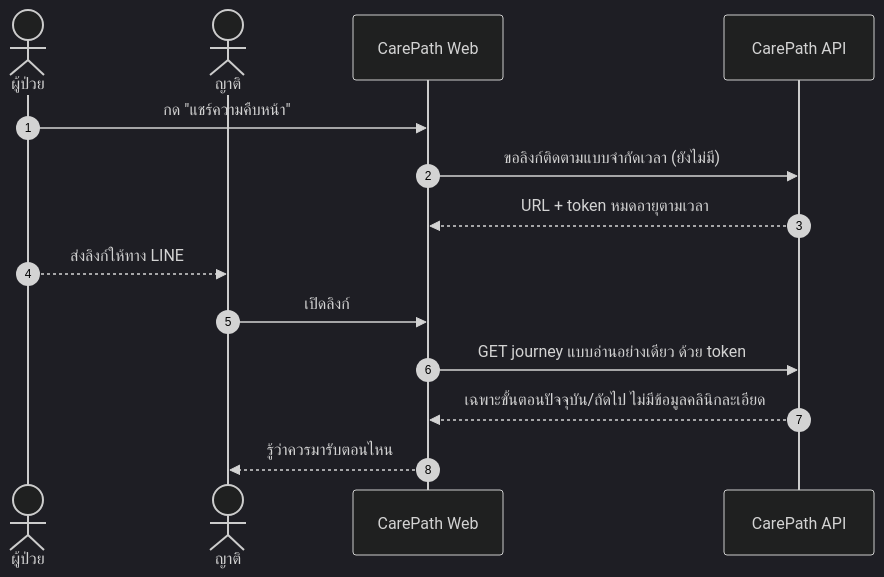
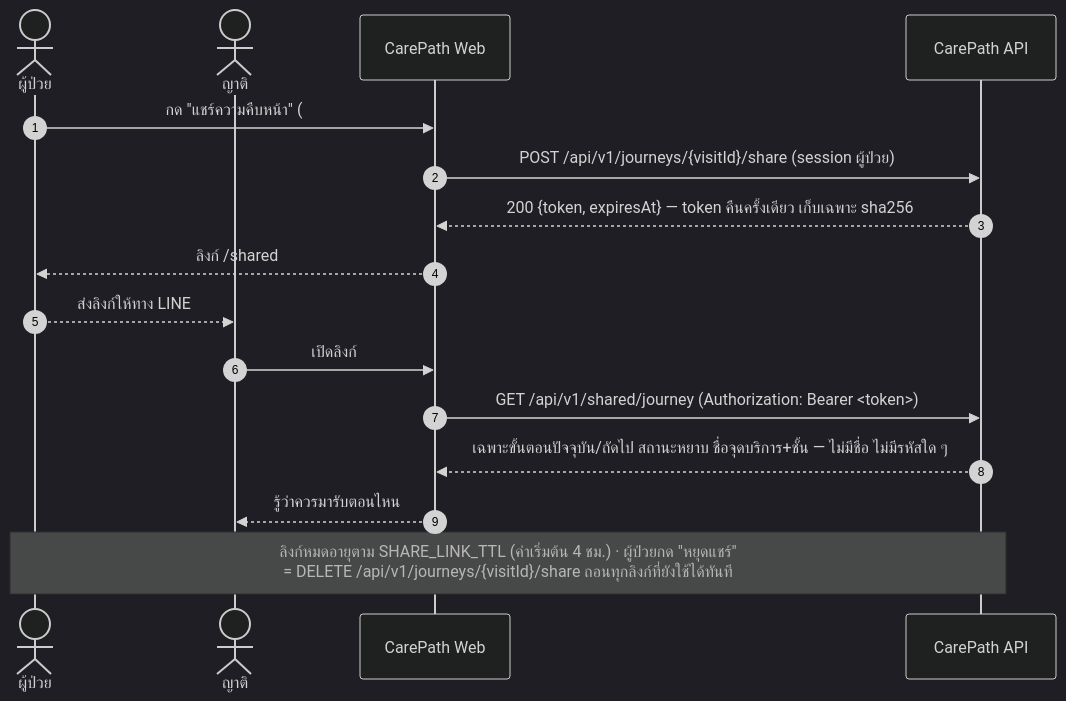
One commit to somprasongd/carepath changed the eighth of 9 diagrams in README.md. Above: the diagram before and after it, drawn with Mermaid (dark theme). The commit also changed other lines of this file and 22 other files, not shown here.

First line of the commit message:
Visit share link: scoped, read-only, time-limited relative tracking (#89) (#114)

````diff
--- a/README.md
+++ b/README.md
@@ -373,17 +373,19 @@
 ```mermaid
 sequenceDiagram
     autonumber
     actor P as ผู้ป่วย
     actor R as ญาติ
     participant W as CarePath Web
     participant A as CarePath API
 
-    P->>W: กด "แชร์ความคืบหน้า"
-    W->>A: ขอลิงก์ติดตามแบบจำกัดเวลา (ยังไม่มี)
-    A-->>W: URL + token หมดอายุตามเวลา
+    P->>W: กด "แชร์ความคืบหน้า" (#90)
+    W->>A: POST /api/v1/journeys/{visitId}/share (session ผู้ป่วย)
+    A-->>W: 200 {token, expiresAt} — token คืนครั้งเดียว เก็บเฉพาะ sha256
+    W-->>P: ลิงก์ /shared#<token> (token อยู่ใน fragment ไม่ส่งถึง server)
     P-->>R: ส่งลิงก์ให้ทาง LINE
     R->>W: เปิดลิงก์
-    W->>A: GET journey แบบอ่านอย่างเดียว ด้วย token
-    A-->>W: เฉพาะขั้นตอนปัจจุบัน/ถัดไป ไม่มีข้อมูลคลินิกละเอียด
+    W->>A: GET /api/v1/shared/journey (Authorization: Bearer <token>)
+    A-->>W: เฉพาะขั้นตอนปัจจุบัน/ถัดไป สถานะหยาบ ชื่อจุดบริการ+ชั้น — ไม่มีชื่อ ไม่มีรหัสใด ๆ
     W-->>R: รู้ว่าควรมารับตอนไหน
+    Note over P,A: ลิงก์หมดอายุตาม SHARE_LINK_TTL (ค่าเริ่มต้น 4 ชม.) · ผู้ป่วยกด "หยุดแชร์"<br/>= DELETE /api/v1/journeys/{visitId}/share ถอนทุกลิงก์ที่ยังใช้ได้ทันที
 ```
````
